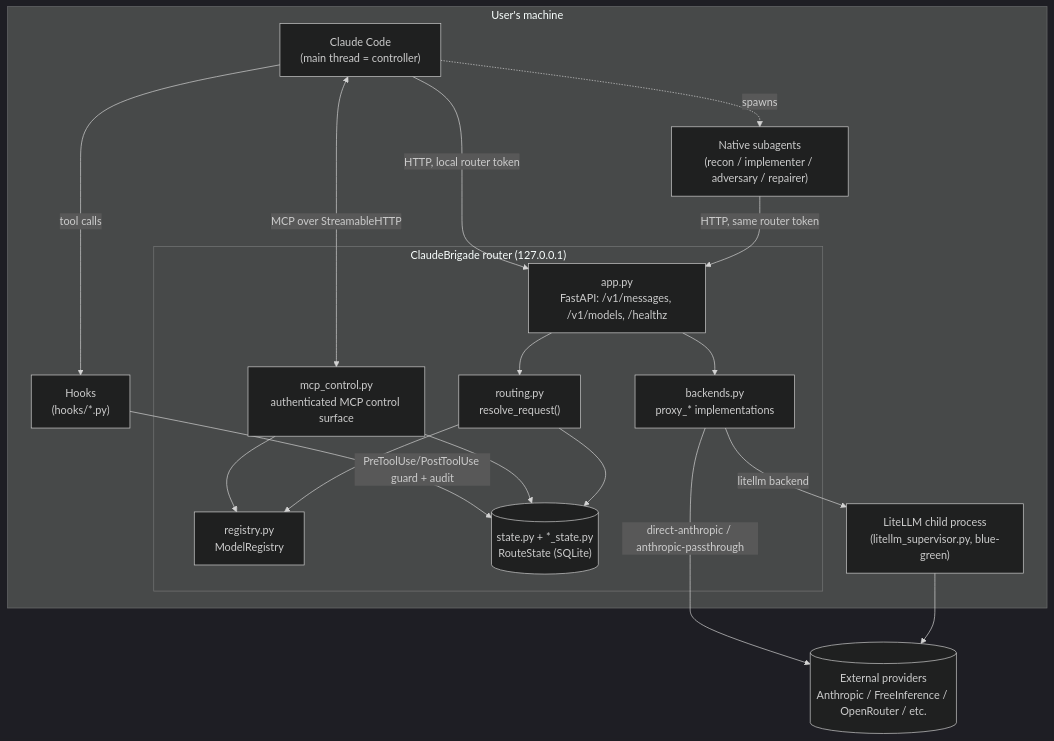
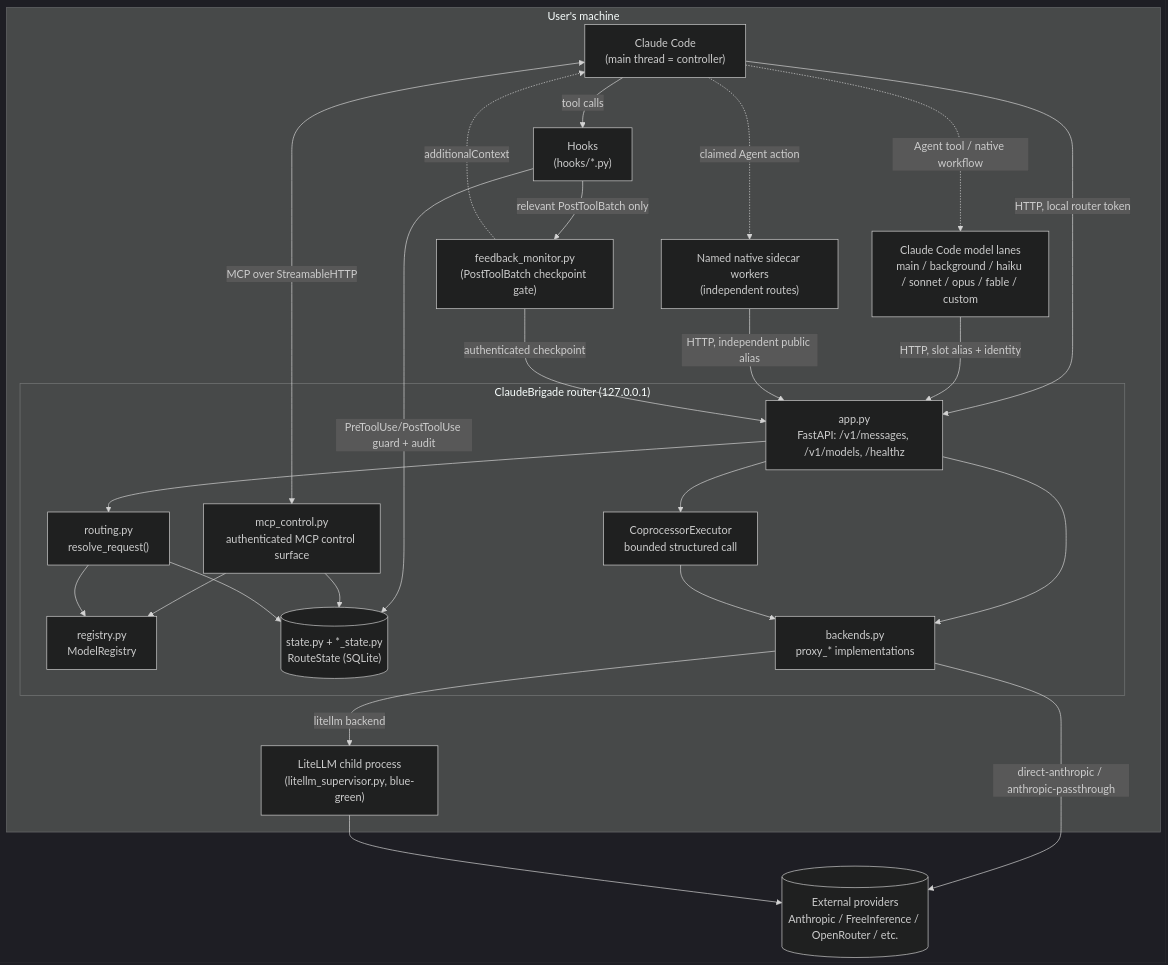
The first of 17 diagrams in UML_DIAGRAMS.md (B-A-M-N/ClaudeBrigade), drawn with Mermaid (dark theme) before and after one commit. The commit also changed other lines of this file and 60 other files, not shown here.

````diff
--- a/UML_DIAGRAMS.md
+++ b/UML_DIAGRAMS.md
@@ -11,37 +12,47 @@
 ```mermaid
 graph TB
     subgraph "User's machine"
         CC["Claude Code<br/>(main thread = controller)"]
-        SA["Native subagents<br/>(recon / implementer / adversary / repairer)"]
+        Slots["Claude Code model lanes<br/>main / background / haiku / sonnet / opus / fable / custom"]
+        SA["Named native sidecar workers<br/>(independent routes)"]
         Hooks["Hooks<br/>(hooks/*.py)"]
+        Monitor["feedback_monitor.py<br/>(PostToolBatch checkpoint gate)"]
 
         subgraph "ClaudeBrigade router (127.0.0.1)"
             App["app.py<br/>FastAPI: /v1/messages, /v1/models, /healthz"]
             Routing["routing.py<br/>resolve_request()"]
             Registry["registry.py<br/>ModelRegistry"]
             State[("state.py + *_state.py<br/>RouteState (SQLite)")]
             MCP["mcp_control.py<br/>authenticated MCP control surface"]
             Backends["backends.py<br/>proxy_* implementations"]
+            Coproc["CoprocessorExecutor<br/>bounded structured call"]
         end
 
         LiteLLM["LiteLLM child process<br/>(litellm_supervisor.py, blue-green)"]
     end
 
     Providers[("External providers<br/>Anthropic / FreeInference / OpenRouter / etc.")]
 
     CC -->|"HTTP, local router token"| App
-    CC -.->|spawns| SA
-    SA -->|"HTTP, same router token"| App
+    CC -.->|"Agent tool / native workflow"| Slots
+    CC -.->|"claimed Agent action"| SA
+    Slots -->|"HTTP, slot alias + identity"| App
+    SA -->|"HTTP, independent public alias"| App
     CC -->|"tool calls"| Hooks
     Hooks -->|"PreToolUse/PostToolUse guard + audit"| State
+    Hooks -->|"relevant PostToolBatch only"| Monitor
+    Monitor -->|"authenticated checkpoint"| App
+    Monitor -.->|"additionalContext"| CC
     CC <-->|MCP over StreamableHTTP| MCP
     MCP --> State
     MCP --> Registry
     App --> Routing
     Routing --> Registry
     Routing --> State
     App --> Backends
+    App --> Coproc
+    Coproc --> Backends
     Backends -->|direct-anthropic / anthropic-passthrough| Providers
     Backends -->|litellm backend| LiteLLM
     LiteLLM --> Providers
 ```
````
